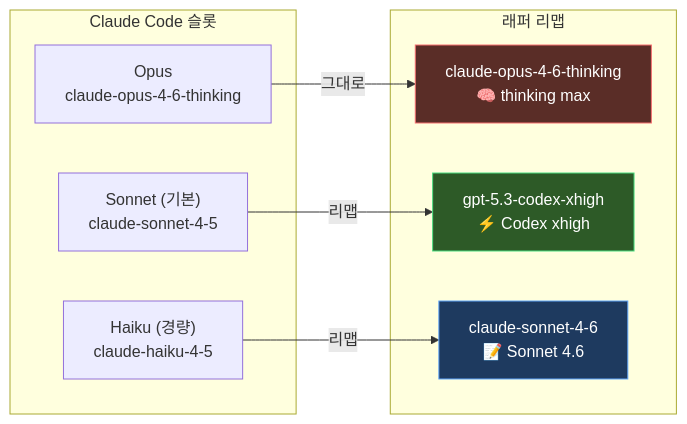
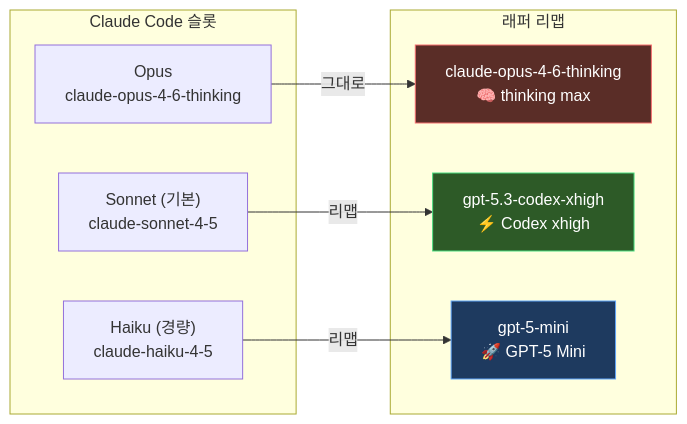
One commit to bitkyc08-arch/ccs-wrapper changed the second of 2 diagrams in README.md. Above: the diagram before and after it, drawn with Mermaid. The commit also changed other lines of this file and 1 other file, not shown here.

Commit message:
[agent] feat: remap haiku to gpt-5-mini, filter non-thinking Claude models

````diff
--- a/README.md
+++ b/README.md
@@ -57,18 +57,18 @@
 ```mermaid
 flowchart LR
     subgraph "Claude Code 슬롯"
         O["Opus\nclaude-opus-4-6-thinking"]
         S["Sonnet (기본)\nclaude-sonnet-4-5"]
         H["Haiku (경량)\nclaude-haiku-4-5"]
     end
 
     subgraph "래퍼 리맵"
         O -->|그대로| OT["claude-opus-4-6-thinking\n🧠 thinking max"]
         S -->|"리맵"| SX["gpt-5.3-codex-xhigh\n⚡ Codex xhigh"]
-        H -->|"리맵"| HS["claude-sonnet-4-6\n📝 Sonnet 4.6"]
+        H -->|"리맵"| HM["gpt-5-mini\n🚀 GPT-5 Mini"]
     end
 
     style SX fill:#2d5a27,stroke:#4ade80,color:#fff
-    style HS fill:#1e3a5f,stroke:#60a5fa,color:#fff
+    style HM fill:#1e3a5f,stroke:#60a5fa,color:#fff
     style OT fill:#5a2d27,stroke:#f87171,color:#fff
 ```
````
